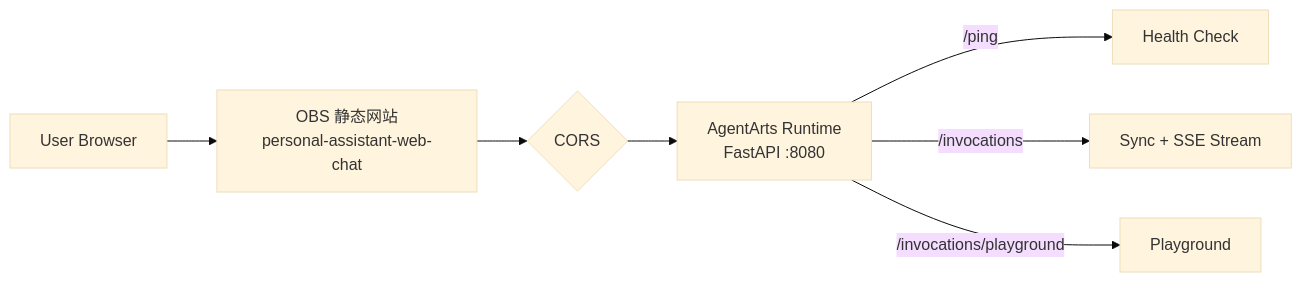
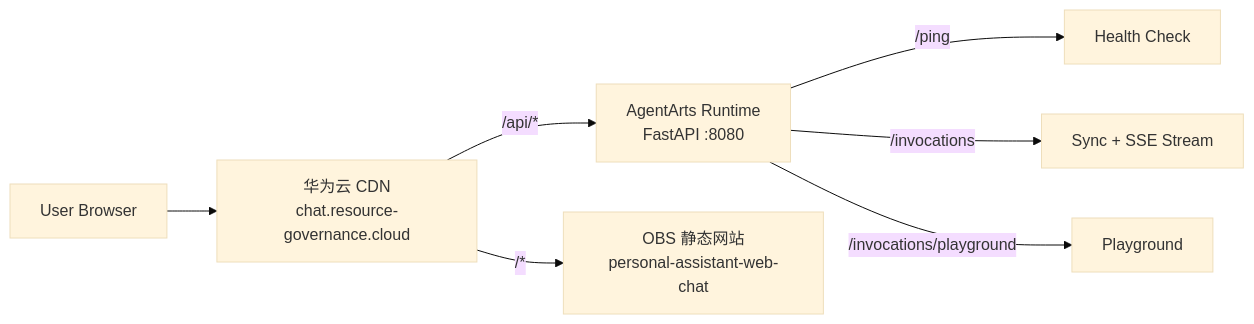
The diagram in README.md (T-1009/personal-assistant), drawn with Mermaid (base theme) before and after one commit. The commit also changed other lines of this file and 18 other files, not shown here.

````diff
--- a/README.md
+++ b/README.md
@@ -26,9 +26,9 @@
 ```mermaid
 flowchart LR
-    Browser[User Browser] --> OBS[OBS 静态网站<br/>personal-assistant-web-chat]
-    OBS --> CORS{CORS}
-    CORS --> Runtime[AgentArts Runtime<br/>FastAPI :8080]
+    Browser[User Browser] --> CDN["华为云 CDN<br/>chat.resource-governance.cloud"]
+    CDN -->|"/api/*"| Runtime[AgentArts Runtime<br/>FastAPI :8080]
+    CDN -->|"/*"| OBS[OBS 静态网站<br/>personal-assistant-web-chat]
     Runtime -->|/ping| Ping[Health Check]
     Runtime -->|/invocations| Inv[Sync + SSE Stream]
     Runtime -->|/invocations/playground| PG[Playground]
 ```
````
